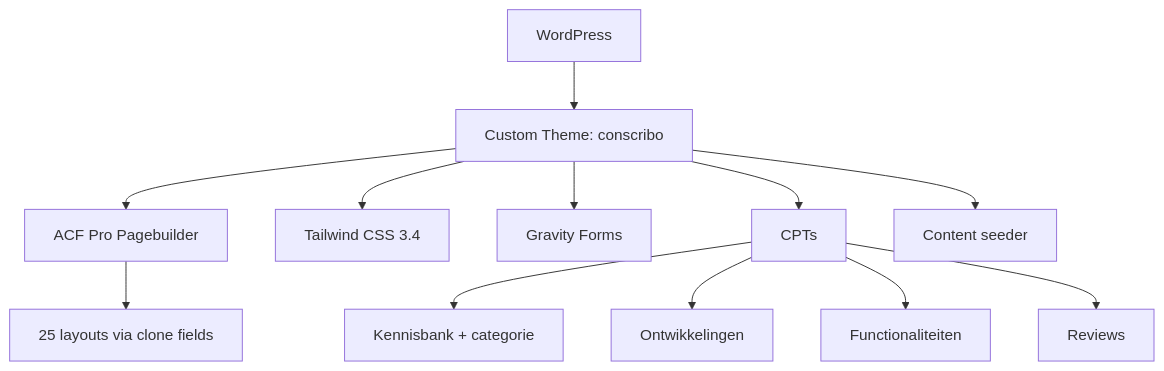
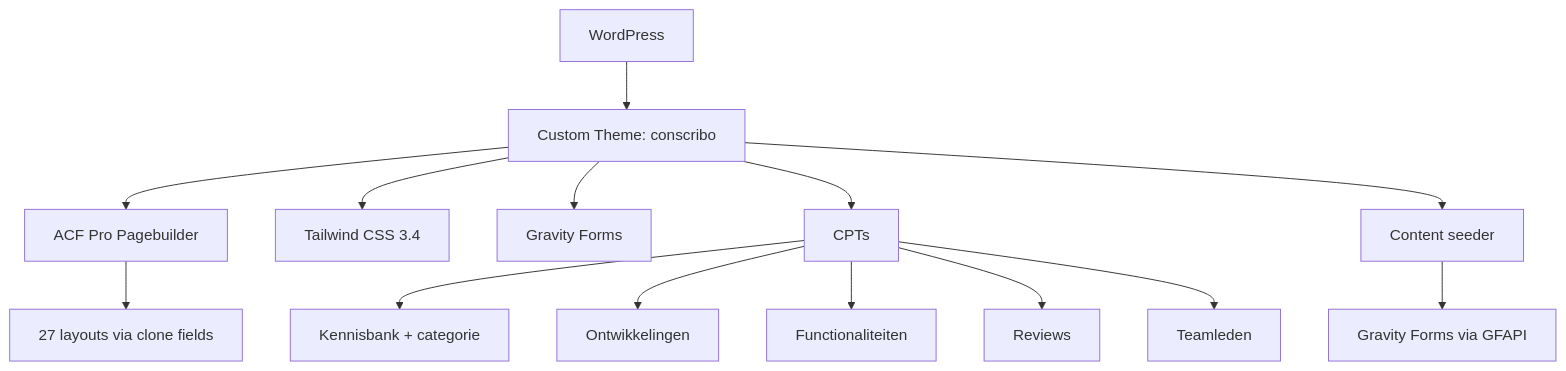
One commit to kayjilesen/documentationai-Docs changed the diagram in client-projects/conscribo.mdx. Above: the diagram before and after it, drawn with Mermaid. The commit also changed other lines of this file and 6 other files, not shown here.

````diff
--- a/client-projects/conscribo.mdx
+++ b/client-projects/conscribo.mdx
@@ -146,14 +169,16 @@
 ```mermaid
 graph TD
     A["WordPress"] --> B["Custom Theme: conscribo"]
     B --> C["ACF Pro Pagebuilder"]
     B --> D["Tailwind CSS 3.4"]
     B --> E["Gravity Forms"]
-    C --> F["25 layouts via clone fields"]
+    C --> F["27 layouts via clone fields"]
     B --> G["CPTs"]
     G --> H["Kennisbank + categorie"]
     G --> I["Ontwikkelingen"]
     G --> J["Functionaliteiten"]
     G --> K["Reviews"]
+    G --> M["Teamleden"]
     B --> L["Content seeder"]
+    L --> N["Gravity Forms via GFAPI"]
 ```
````
